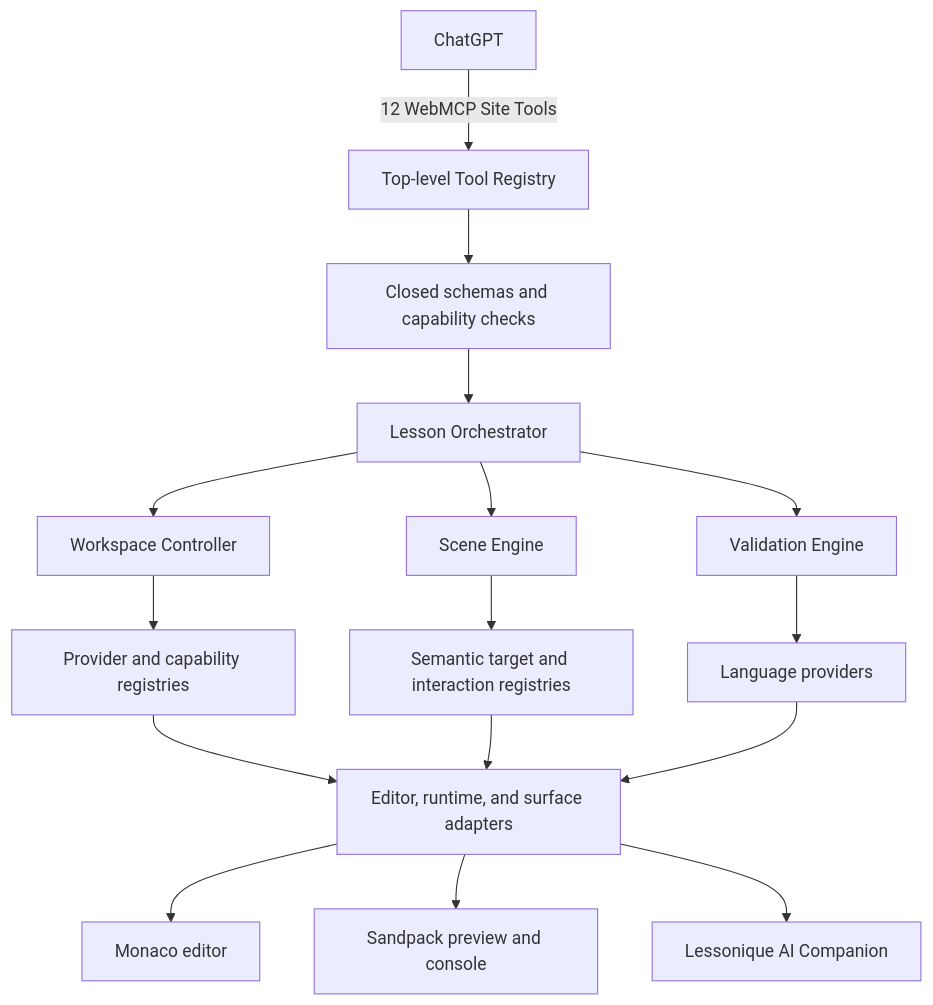
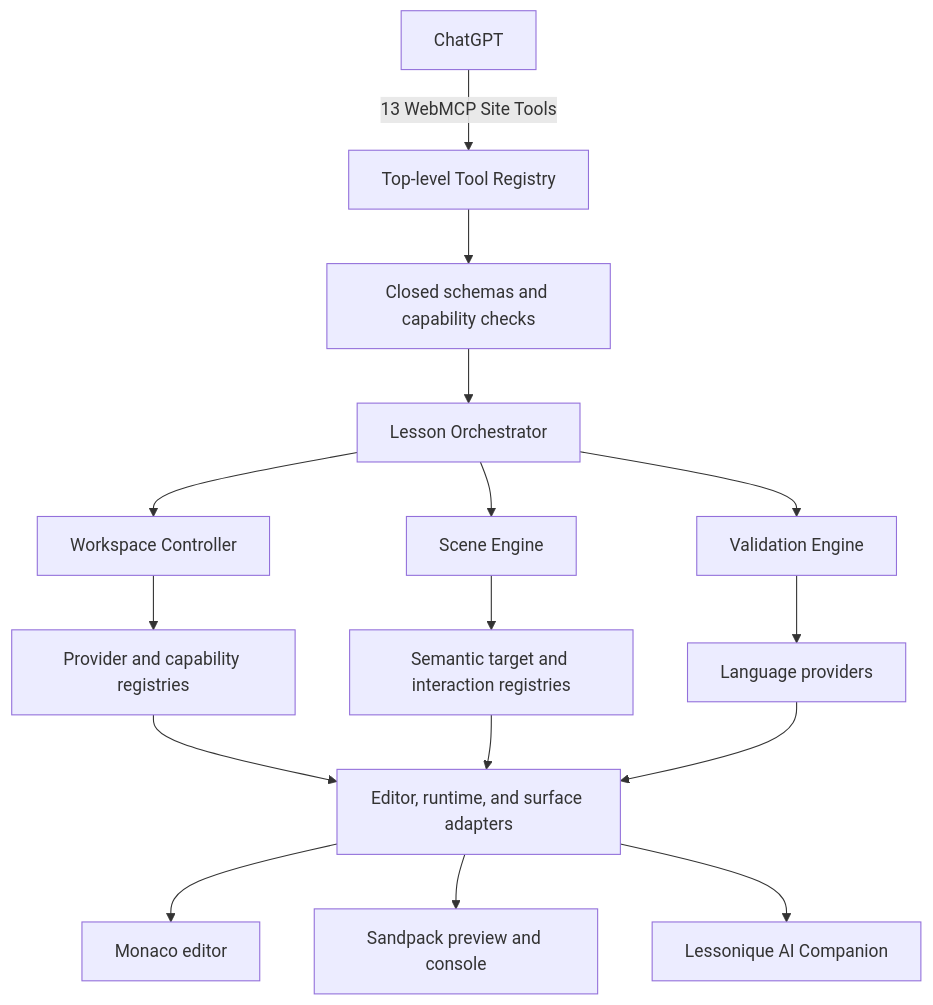
One commit to GilbertrdzDev/lessonique changed the second of 3 diagrams in README.md. Above: the diagram before and after it, drawn with Mermaid. The commit also changed other lines of this file and 36 other files, not shown here.

Commit message:
Add animated WebMCP guide build experience

````diff
--- a/README.md
+++ b/README.md
@@ -52,22 +54,22 @@
 ```mermaid
 flowchart TB
-    ChatGPT[ChatGPT] -->|12 WebMCP Site Tools| ToolLayer[Top-level Tool Registry]
+    ChatGPT[ChatGPT] -->|13 WebMCP Site Tools| ToolLayer[Top-level Tool Registry]
     ToolLayer --> Validation[Closed schemas and capability checks]
     Validation --> Orchestrator[Lesson Orchestrator]
 
     Orchestrator --> Workspace[Workspace Controller]
     Orchestrator --> Scene[Scene Engine]
     Orchestrator --> Evaluation[Validation Engine]
 
     Workspace --> Registries[Provider and capability registries]
     Scene --> Targets[Semantic target and interaction registries]
     Evaluation --> LanguageProviders[Language providers]
 
     Registries --> Adapters[Editor, runtime, and surface adapters]
     Targets --> Adapters
     LanguageProviders --> Adapters
 
     Adapters --> Monaco[Monaco editor]
     Adapters --> Sandpack[Sandpack preview and console]
     Adapters --> Companion[Lessonique AI Companion]
 ```
````
